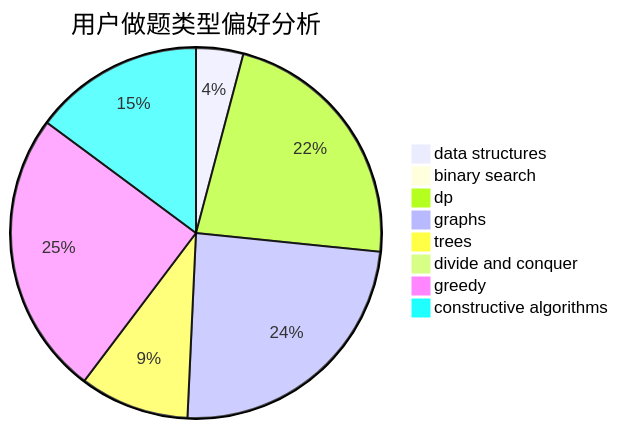
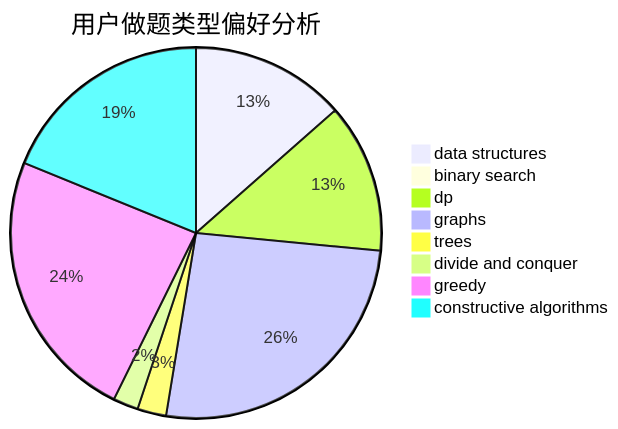
The second of 3 diagrams in docs/user/u1024.md (sherpahu/cfrs.github.io), drawn with Mermaid before and after one commit. The commit also changed other lines of this file and 2770 other files, not shown here.

````diff
--- a/docs/user/u1024.md
+++ b/docs/user/u1024.md
@@ -23,11 +23,11 @@
 ```mermaid
 pie title 用户做题类型偏好分析
-    "data structures" :  28
+    "data structures" :  86
     "binary search" :  3
-    "dp" :  153
-    "graphs" :  164
-    "trees" :  65
-    "divide and conquer" :  5
-    "greedy" :  169
-    "constructive algorithms" :  101
+    "dp" :  83
+    "graphs" :  166
+    "trees" :  16
+    "divide and conquer" :  14
+    "greedy" :  152
+    "constructive algorithms" :  120
 ```
````
